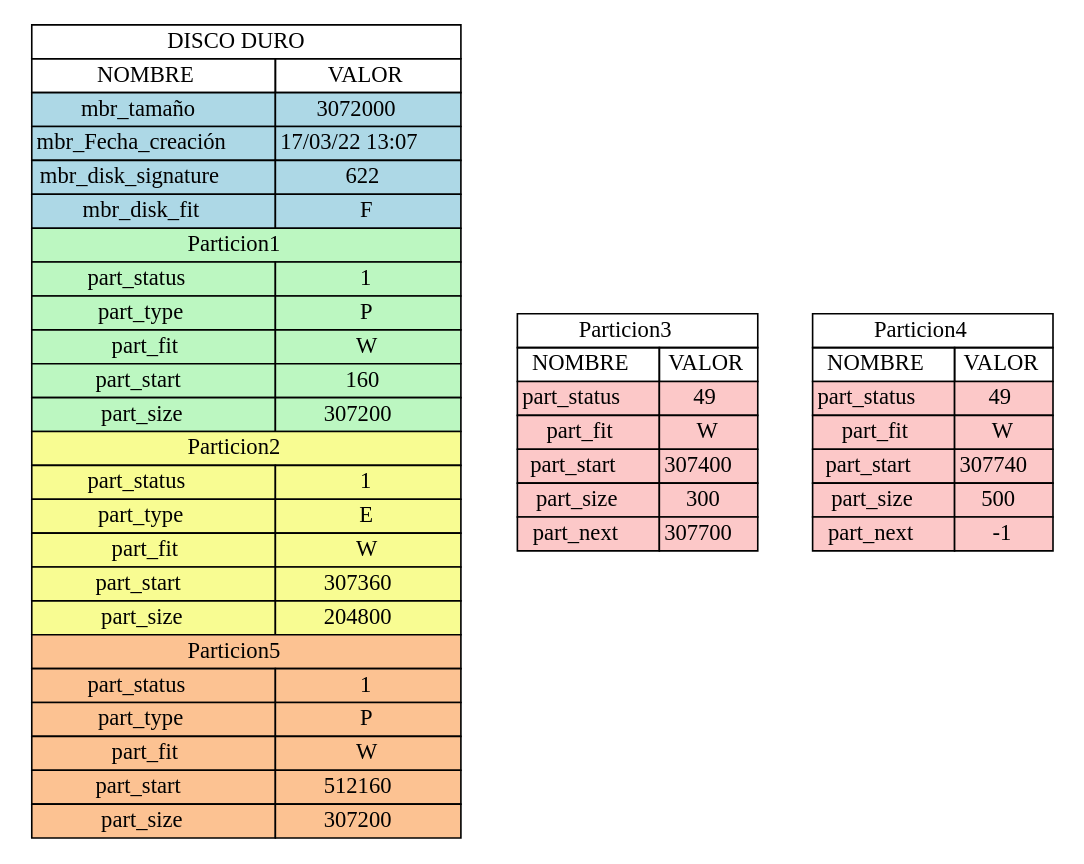
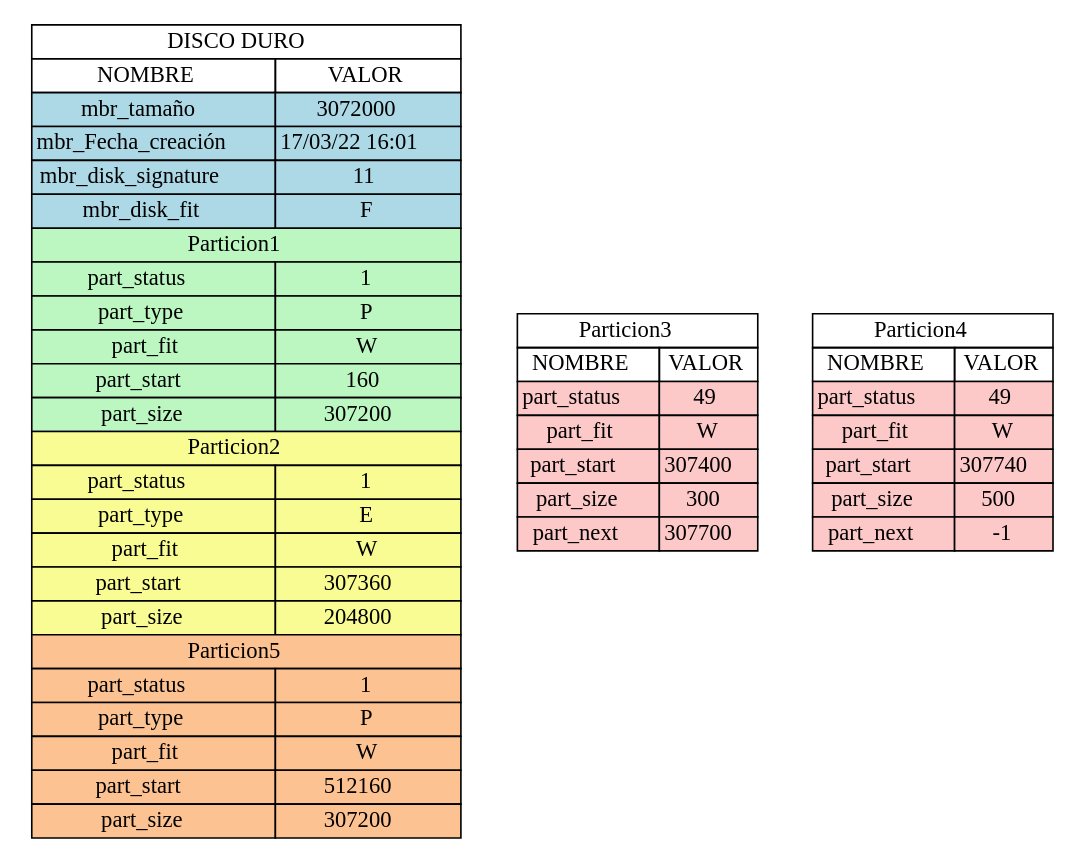
One commit to 2730538920101/P1_MIA_201709282 changed the diagram in MasterBootRecord_report.dot. Above: the diagram before and after it, drawn with Graphviz. The commit also changed 8 other files, not shown here.

```diff
--- a/MasterBootRecord_report.dot
+++ b/MasterBootRecord_report.dot
@@ -1,59 +1,59 @@
 digraph {
 tbl[
 shape=plaintext
  label =<
 <table border='0' cellborder='1' cellspacing='0'>
 <tr><td colspan="3">DISCO DURO</td></tr>
 <th><td>NOMBRE</td><td>VALOR</td></th>
 <tr><td bgcolor="lightblue">mbr_tamaño</td><td bgcolor="lightblue">3072000</td></tr>
-<tr><td bgcolor="lightblue">mbr_Fecha_creación</td><td bgcolor="lightblue">17/03/22 13:07</td></tr>
-<tr><td bgcolor="lightblue">mbr_disk_signature</td><td bgcolor="lightblue">622</td></tr>
+<tr><td bgcolor="lightblue">mbr_Fecha_creación</td><td bgcolor="lightblue">17/03/22 16:01</td></tr>
+<tr><td bgcolor="lightblue">mbr_disk_signature</td><td bgcolor="lightblue">11</td></tr>
 <tr><td bgcolor="lightblue">mbr_disk_fit</td><td bgcolor="lightblue">F</td></tr>
 <tr><td colspan="2" bgcolor="#bcf7c1">Particion1</td></tr>
 <tr><td bgcolor="#bcf7c1">part_status</td><td bgcolor="#bcf7c1">1</td></tr>
 <tr><td bgcolor="#bcf7c1">part_type</td><td bgcolor="#bcf7c1">P</td></tr>
 <tr><td bgcolor="#bcf7c1">part_fit</td><td bgcolor="#bcf7c1">W</td></tr>
 <tr><td bgcolor="#bcf7c1">part_start</td><td bgcolor="#bcf7c1">160</td></tr>
 <tr><td bgcolor="#bcf7c1">part_size</td><td bgcolor="#bcf7c1">307200</td></tr>
 <tr><td colspan="2" bgcolor="#f8fc92">Particion2</td></tr>
 <tr><td bgcolor="#f8fc92">part_status</td><td bgcolor="#f8fc92">1</td></tr>
 <tr><td bgcolor="#f8fc92">part_type</td><td bgcolor="#f8fc92">E</td></tr>
 <tr><td bgcolor="#f8fc92">part_fit</td><td bgcolor="#f8fc92">W</td></tr>
 <tr><td bgcolor="#f8fc92">part_start</td><td bgcolor="#f8fc92">307360</td></tr>
 <tr><td bgcolor="#f8fc92">part_size</td><td bgcolor="#f8fc92">204800</td></tr>
 <tr><td colspan="2" bgcolor="#fcc292">Particion5</td></tr>
 <tr><td bgcolor="#fcc292">part_status</td><td bgcolor="#fcc292">1</td></tr>
 <tr><td bgcolor="#fcc292">part_type</td><td bgcolor="#fcc292">P</td></tr>
 <tr><td bgcolor="#fcc292">part_fit</td><td bgcolor="#fcc292">W</td></tr>
 <tr><td bgcolor="#fcc292">part_start</td><td bgcolor="#fcc292">512160</td></tr>
 <tr><td bgcolor="#fcc292">part_size</td><td bgcolor="#fcc292">307200</td></tr>
 </table>
 >];
 
 tbl1 [
 shape=plaintext
  label=<
 <table border='0' cellborder='1' cellspacing='0'>
 <tr><td colspan="3">Particion3</td></tr>
 <th><td>NOMBRE</td><td>VALOR</td></th>
 <tr><td bgcolor="#fcc8c8">part_status</td><td bgcolor="#fcc8c8">49</td></tr>
 <tr><td bgcolor="#fcc8c8">part_fit</td><td bgcolor="#fcc8c8">W</td></tr>
 <tr><td bgcolor="#fcc8c8">part_start</td><td bgcolor="#fcc8c8">307400</td></tr>
 <tr><td bgcolor="#fcc8c8">part_size</td><td bgcolor="#fcc8c8">300</td></tr>
 <tr><td bgcolor="#fcc8c8">part_next</td><td bgcolor="#fcc8c8">307700</td></tr>
 </table>
 >];
 tbl2 [
 shape=plaintext
  label=<
 <table border='0' cellborder='1' cellspacing='0'>
 <tr><td colspan="3">Particion4</td></tr>
 <th><td>NOMBRE</td><td>VALOR</td></th>
 <tr><td bgcolor="#fcc8c8">part_status</td><td bgcolor="#fcc8c8">49</td></tr>
 <tr><td bgcolor="#fcc8c8">part_fit</td><td bgcolor="#fcc8c8">W</td></tr>
 <tr><td bgcolor="#fcc8c8">part_start</td><td bgcolor="#fcc8c8">307740</td></tr>
 <tr><td bgcolor="#fcc8c8">part_size</td><td bgcolor="#fcc8c8">500</td></tr>
 <tr><td bgcolor="#fcc8c8">part_next</td><td bgcolor="#fcc8c8">-1</td></tr>
 </table>
 >];
 }
```
